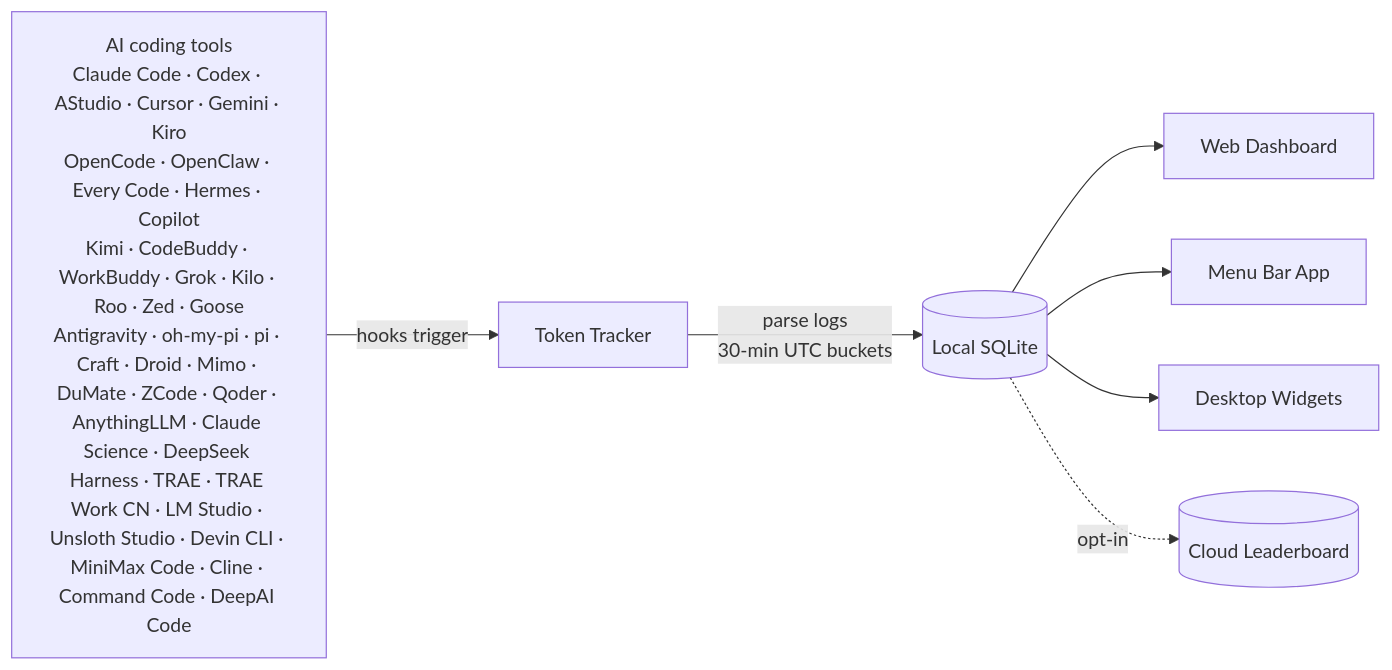
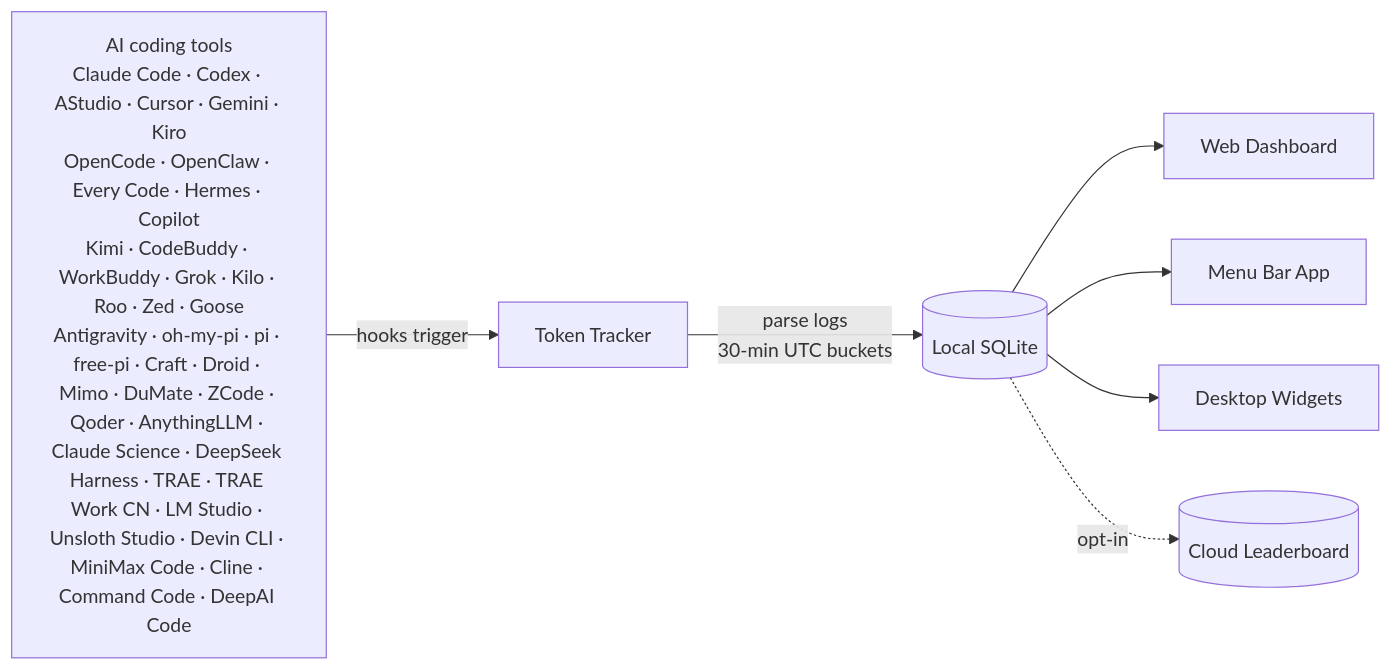
The diagram in README.ja.md (xiufengsun/TokenTracker), drawn with Mermaid before and after one commit. The commit also changed other lines of this file and 20 other files, not shown here.

Commit message:
feat(free-pi): add FreePi CLI token tracking

````diff
--- a/README.ja.md
+++ b/README.ja.md
@@ -251,10 +252,10 @@
 ```mermaid
 flowchart LR
-    A["AI coding tools<br/>Claude Code · Codex · AStudio · Cursor · Gemini · Kiro<br/>OpenCode · OpenClaw · Every Code · Hermes · Copilot<br/>Kimi · CodeBuddy · WorkBuddy · Grok · Kilo · Roo · Zed · Goose<br/>Antigravity · oh-my-pi · pi · Craft · Droid · Mimo · DuMate · ZCode · Qoder · AnythingLLM · Claude Science · DeepSeek Harness · TRAE · TRAE Work CN · LM Studio · Unsloth Studio · Devin CLI · MiniMax Code · Cline · Command Code · DeepAI Code"]
+    A["AI coding tools<br/>Claude Code · Codex · AStudio · Cursor · Gemini · Kiro<br/>OpenCode · OpenClaw · Every Code · Hermes · Copilot<br/>Kimi · CodeBuddy · WorkBuddy · Grok · Kilo · Roo · Zed · Goose<br/>Antigravity · oh-my-pi · pi · free-pi · Craft · Droid · Mimo · DuMate · ZCode · Qoder · AnythingLLM · Claude Science · DeepSeek Harness · TRAE · TRAE Work CN · LM Studio · Unsloth Studio · Devin CLI · MiniMax Code · Cline · Command Code · DeepAI Code"]
     A -->|hooks trigger| B[Token Tracker]
     B -->|parse logs<br/>30-min UTC buckets| C[(Local SQLite)]
     C --> D[Web Dashboard]
     C --> E[Menu Bar App]
     C --> F[Desktop Widgets]
     C -.->|opt-in| G[(Cloud Leaderboard)]
 ```
````
